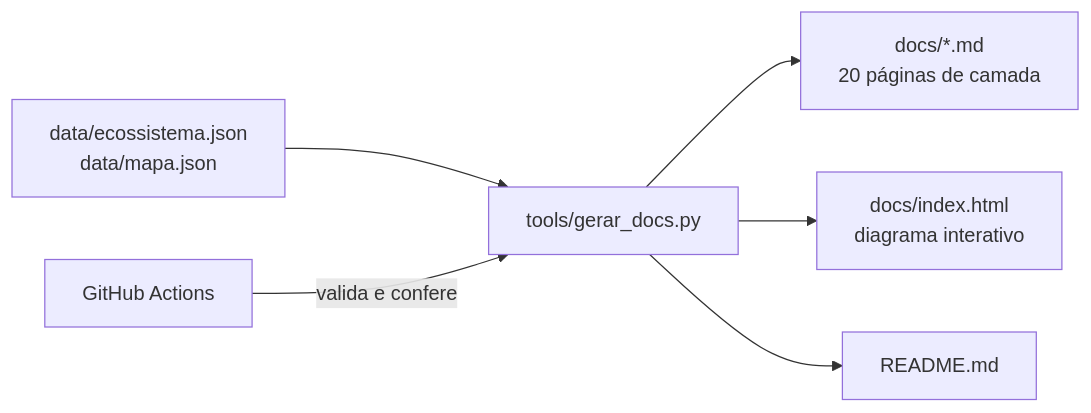
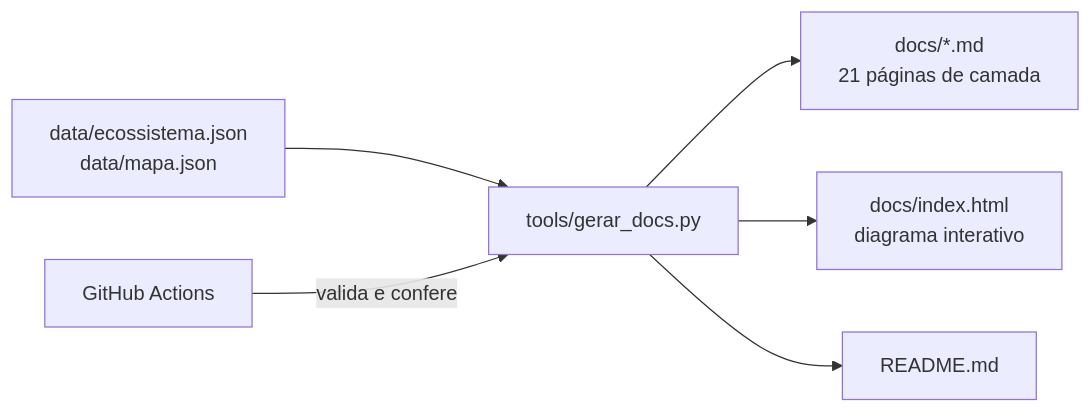
Before and after one commit to AlanMateus17/dev-setup: the second of 2 diagrams in README.md, drawn with Mermaid. The commit also changed other lines of this file and 47 other files, not shown here.

````diff
--- a/README.md
+++ b/README.md
@@ -104,8 +108,8 @@
 ```mermaid
 flowchart LR
   D["data/ecossistema.json<br/>data/mapa.json"] --> G["tools/gerar_docs.py"]
-  G --> M["docs/*.md<br/>20 páginas de camada"]
+  G --> M["docs/*.md<br/>21 páginas de camada"]
   G --> H["docs/index.html<br/>diagrama interativo"]
   G --> R["README.md"]
   CI["GitHub Actions"] -->|"valida e confere"| G
 ```
````
